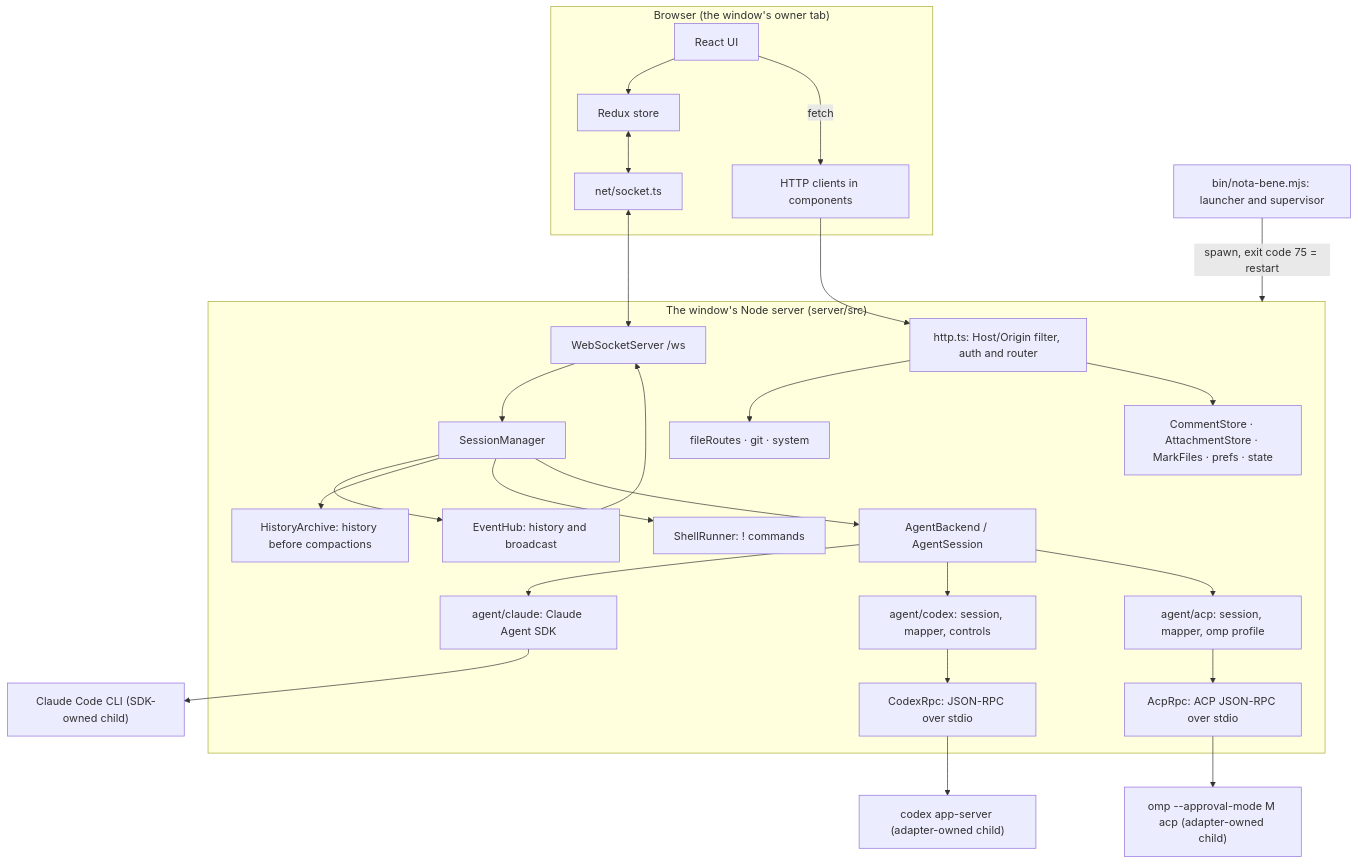
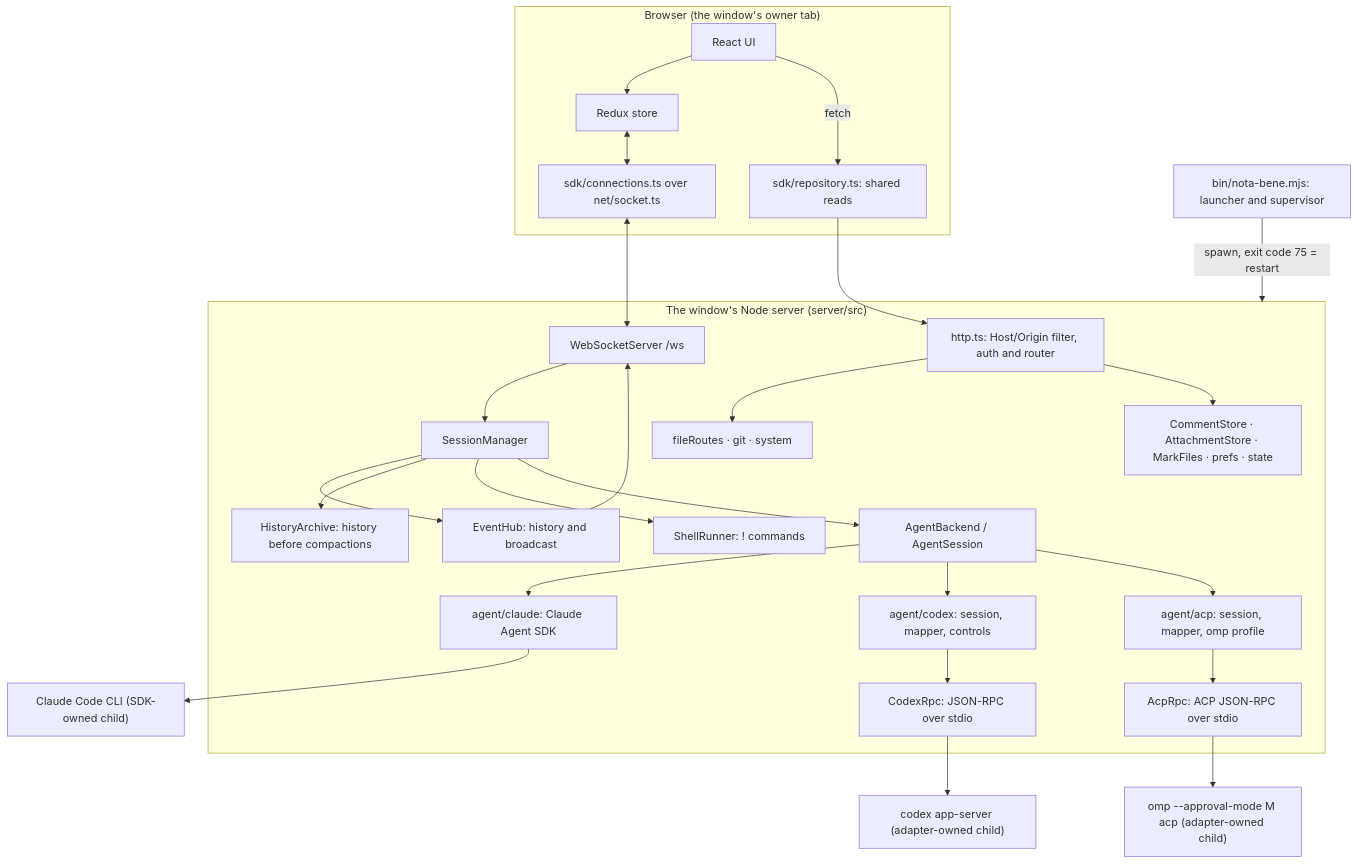
Before and after one commit to iCubeDm/nota-bene-ide: the first of 4 diagrams in docs/architecture.md, drawn with Mermaid. The commit also changed other lines of this file and 654 other files, not shown here.

````diff
--- a/docs/architecture.md
+++ b/docs/architecture.md
@@ -16,41 +16,41 @@
 ```mermaid
 flowchart TB
   subgraph Browser["Browser (the window's owner tab)"]
     UI["React UI"] --> RS["Redux store"]
-    RS <--> WSC["net/socket.ts"]
-    UI -- fetch --> HTTPC["HTTP clients in components"]
+    RS <--> WSC["sdk/connections.ts over net/socket.ts"]
+    UI -- fetch --> HTTPC["sdk/repository.ts: shared reads"]
   end
   subgraph Server["The window's Node server (server/src)"]
     HTTP["http.ts: Host/Origin filter, auth and router"]
     WSS["WebSocketServer /ws"]
     HUB["EventHub: history and broadcast"]
     ARC["HistoryArchive: history before compactions"]
     SM["SessionManager"]
     SH["ShellRunner: ! commands"]
     STORES["CommentStore · AttachmentStore · MarkFiles · prefs · state"]
     FR["fileRoutes · git · system"]
     AB["AgentBackend / AgentSession"]
     SDK["agent/claude: Claude Agent SDK"]
     CX["agent/codex: session, mapper, controls"]
     RPC["CodexRpc: JSON-RPC over stdio"]
     ACP["agent/acp: session, mapper, omp profile"]
     ARPC["AcpRpc: ACP JSON-RPC over stdio"]
   end
   CLI["Claude Code CLI (SDK-owned child)"]
   CODEX["codex app-server (adapter-owned child)"]
   OMP["omp --approval-mode M acp (adapter-owned child)"]
   L["bin/nota-bene.mjs: launcher and supervisor"]
   WSC <--> WSS
   HTTPC --> HTTP
   WSS --> SM
   SM --> HUB --> WSS
   SM --> ARC
   SM --> SH
   SM --> AB
   AB --> SDK --> CLI
   AB --> CX --> RPC --> CODEX
   AB --> ACP --> ARPC --> OMP
   HTTP --> FR
   HTTP --> STORES
   L -- "spawn, exit code 75 = restart" --> Server
 ```
````
